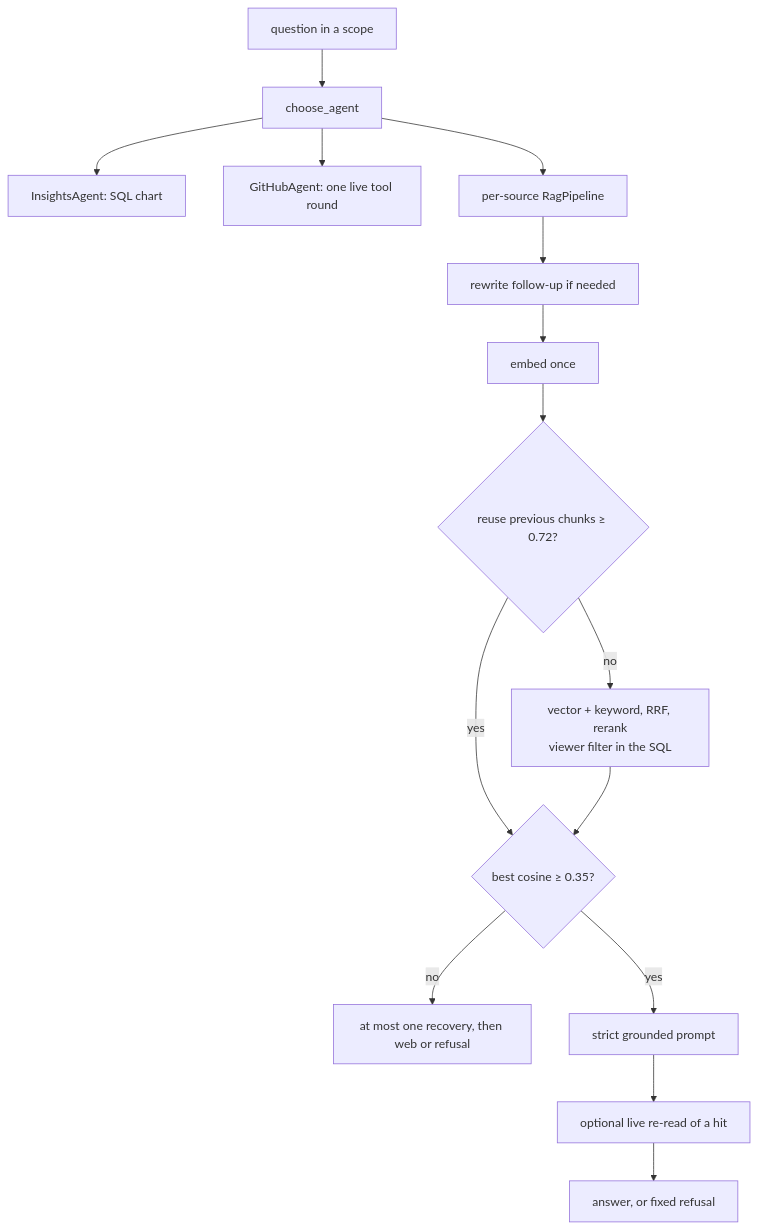
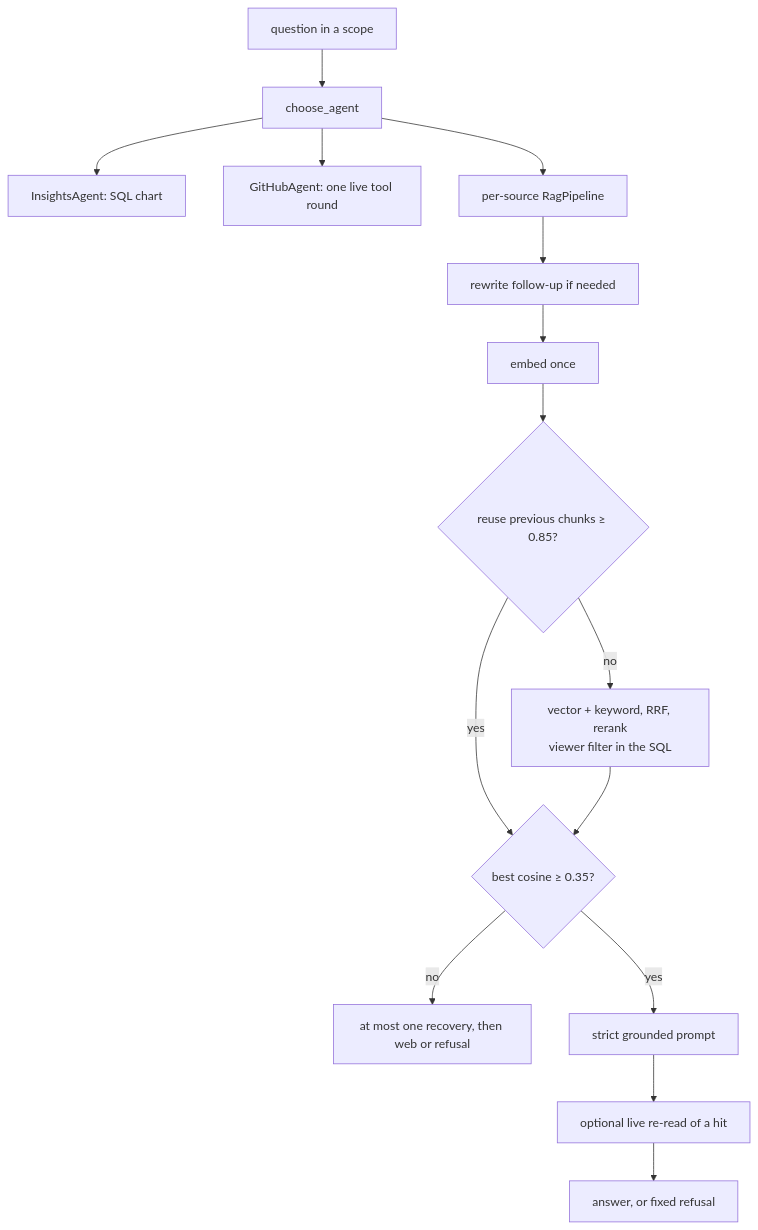
The second of 2 diagrams in ARCHITECTURE.md (blockgroot/RAG-Engine), drawn with Mermaid before and after one commit. The commit also changed other lines of this file and 8 other files, not shown here.

````diff
--- a/ARCHITECTURE.md
+++ b/ARCHITECTURE.md
@@ -149,17 +149,17 @@
 ```mermaid
 flowchart TD
     Q["question in a scope"] --> ROUTE["choose_agent"]
     ROUTE --> CHART["InsightsAgent: SQL chart"]
     ROUTE --> GH["GitHubAgent: one live tool round"]
     ROUTE --> RAG["per-source RagPipeline"]
     RAG --> RW["rewrite follow-up if needed"]
     RW --> EMB["embed once"]
-    EMB --> REUSE{"reuse previous chunks ≥ 0.72?"}
+    EMB --> REUSE{"reuse previous chunks ≥ 0.85?"}
     REUSE -- yes --> GATE
     REUSE -- no --> RETRIEVE["vector + keyword, RRF, rerank\nviewer filter in the SQL"]
     RETRIEVE --> GATE{"best cosine ≥ 0.35?"}
     GATE -- no --> REC["at most one recovery, then web or refusal"]
     GATE -- yes --> GEN["strict grounded prompt"]
     GEN --> LIVE["optional live re-read of a hit"]
     LIVE --> ANS["answer, or fixed refusal"]
 ```
````
